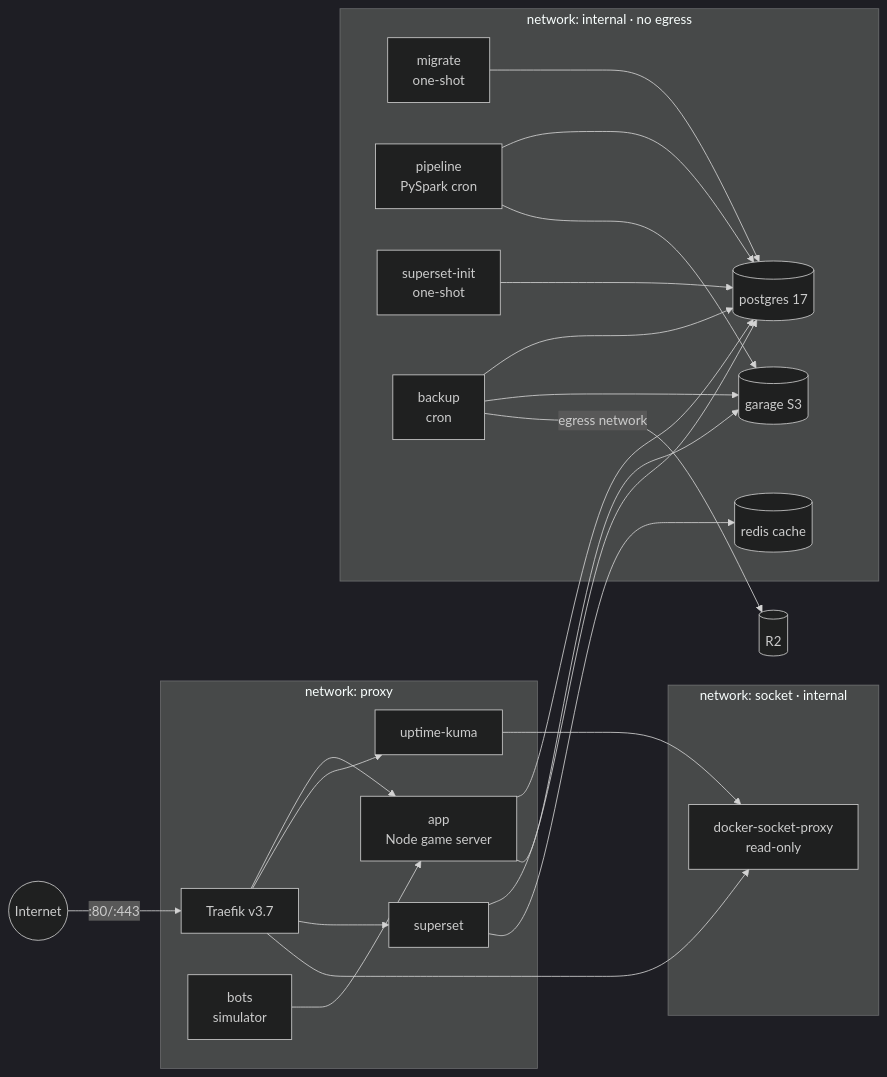
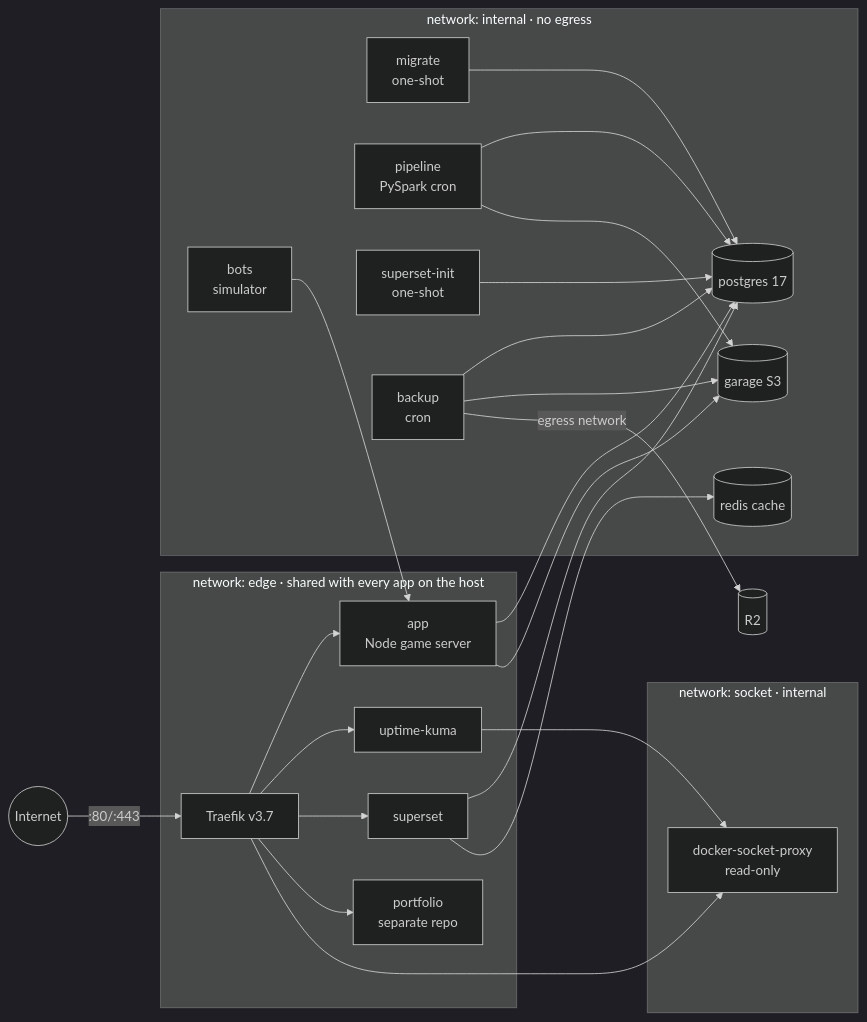
One commit to LUISJG57/PuzzleLove changed the second of 5 diagrams in docs/architecture.md. Above: the diagram before and after it, drawn with Mermaid (dark theme). The commit also changed other lines of this file and 7 other files, not shown here.

````diff
--- a/docs/architecture.md
+++ b/docs/architecture.md
@@ -40,38 +40,39 @@
 ```mermaid
 flowchart LR
   internet((Internet)) -->|":80/:443"| traefik
 
-  subgraph proxy [network: proxy]
+  subgraph proxy [network: edge · shared with every app on the host]
     traefik[Traefik v3.7]
     app[app<br/>Node game server]
-    bots[bots<br/>simulator]
     kuma[uptime-kuma]
     superset[superset]
+    portfolio[portfolio<br/>separate repo]
   end
 
   subgraph socket [network: socket · internal]
     sockproxy[docker-socket-proxy<br/>read-only]
   end
 
   subgraph internal [network: internal · no egress]
+    bots[bots<br/>simulator]
     postgres[(postgres 17)]
     garage[(garage S3)]
     redis[(redis cache)]
     migrate[migrate<br/>one-shot]
     pipeline[pipeline<br/>PySpark cron]
     supinit[superset-init<br/>one-shot]
     backup[backup<br/>cron]
   end
 
-  traefik --> app & kuma & superset
+  traefik --> app & kuma & superset & portfolio
   traefik --> sockproxy
   kuma --> sockproxy
   bots --> app
   app --> postgres & garage
   migrate --> postgres
   pipeline --> postgres & garage
   superset --> postgres & redis
   supinit --> postgres
   backup --> postgres & garage
   backup -->|egress network| r2[(R2)]
 ```
````
